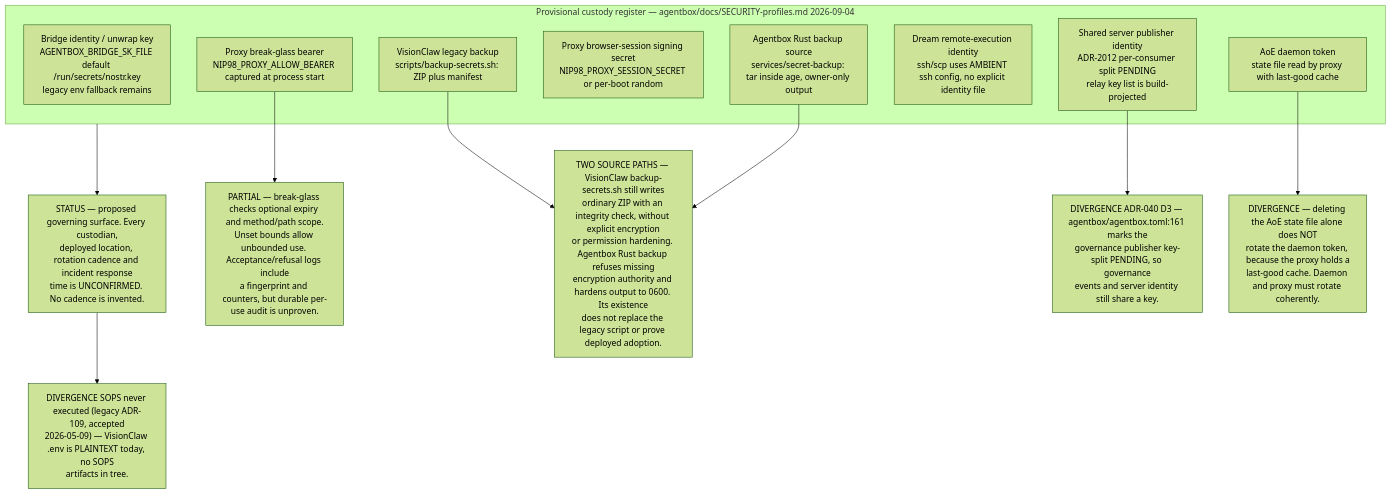
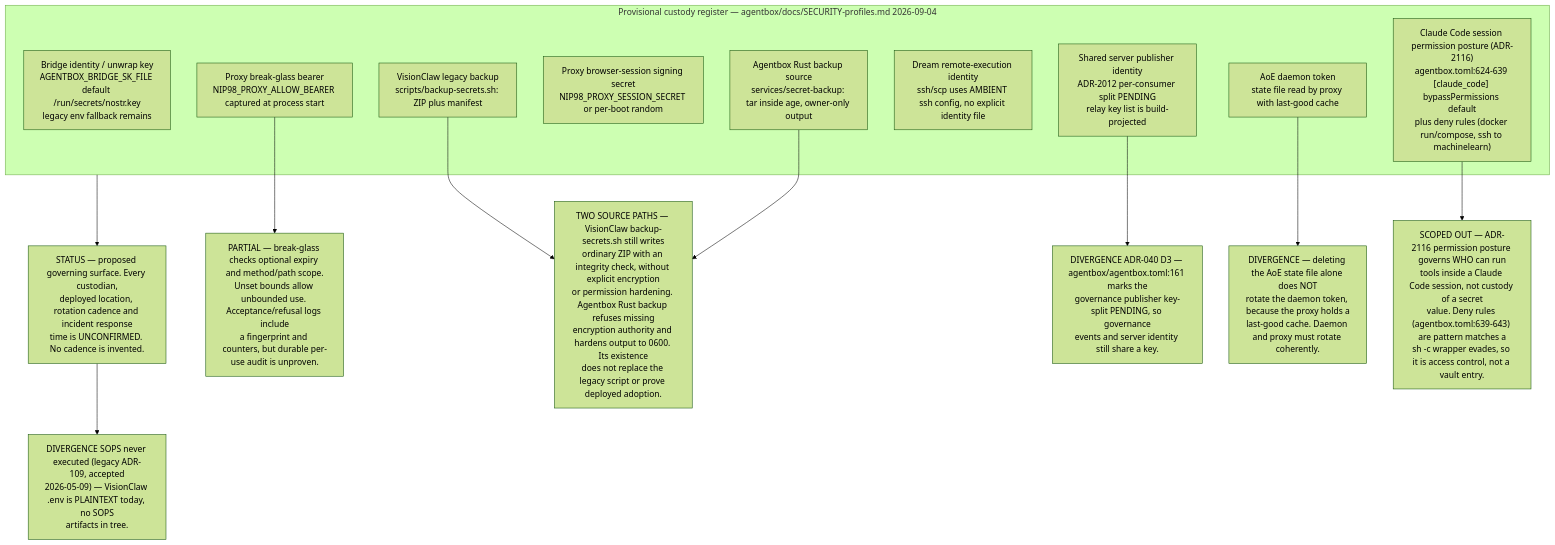
Before and after one commit to DreamLab-AI/VisionFlow: the ninth of 10 diagrams in docs/diagrams/estate/10-deployment-and-security-profiles.md, drawn with Mermaid (forest theme). The commit also changed other lines of this file and 136 other files, not shown here.

First line of the commit message:
docs(diagrams): refresh the whole corpus to code HEAD and prune low-value diagrams

````diff
--- a/docs/diagrams/estate/10-deployment-and-security-profiles.md
+++ b/docs/diagrams/estate/10-deployment-and-security-profiles.md
@@ -357,27 +331,30 @@
 ```mermaid
 flowchart TB
     subgraph reg["Provisional custody register — agentbox/docs/SECURITY-profiles.md 2026-09-04"]
         C1["Bridge identity / unwrap key<br/>AGENTBOX_BRIDGE_SK_FILE default /run/secrets/nostr.key<br/>legacy env fallback remains"]
         C2["Shared server publisher identity<br/>ADR-2012 per-consumer split PENDING<br/>relay key list is build-projected"]
         C3["Proxy break-glass bearer<br/>NIP98_PROXY_ALLOW_BEARER captured at process start"]
         C4["Proxy browser-session signing secret<br/>NIP98_PROXY_SESSION_SECRET or per-boot random"]
         C5["AoE daemon token<br/>state file read by proxy with last-good cache"]
         C6["Dream remote-execution identity<br/>ssh/scp uses AMBIENT ssh config, no explicit identity file"]
         C7["VisionClaw legacy backup<br/>scripts/backup-secrets.sh: ZIP plus manifest"]
         C8["Agentbox Rust backup source<br/>services/secret-backup: tar inside age, owner-only output"]
+        C9["Claude Code session permission posture (ADR-2116)<br/>agentbox.toml:624-639 [claude_code] bypassPermissions default<br/>plus deny rules (docker run/compose, ssh to machinelearn)"]
     end
     ST["STATUS — proposed governing surface. Every custodian,<br/>deployed location, rotation cadence and incident response<br/>time is UNCONFIRMED. No cadence is invented."]
     D1["PARTIAL — break-glass checks optional expiry and method/path scope.<br/>Unset bounds allow unbounded use. Acceptance/refusal logs include<br/>a fingerprint and counters, but durable per-use audit is unproven."]
     D2["TWO SOURCE PATHS — VisionClaw backup-secrets.sh still writes<br/>ordinary ZIP with an integrity check, without explicit encryption<br/>or permission hardening. Agentbox Rust backup refuses missing<br/>encryption authority and hardens output to 0600. Its existence<br/>does not replace the legacy script or prove deployed adoption."]
     D3["DIVERGENCE ADR-040 D3 — agentbox/agentbox.toml:161 marks the<br/>governance publisher key-split PENDING, so governance<br/>events and server identity still share a key."]
     D4["DIVERGENCE — deleting the AoE state file alone does NOT<br/>rotate the daemon token, because the proxy holds a<br/>last-good cache. Daemon and proxy must rotate coherently."]
     D5["DIVERGENCE SOPS never executed (legacy ADR-109, accepted<br/>2026-05-09) — VisionClaw .env is PLAINTEXT today, no SOPS<br/>artifacts in tree."]
+    D6["SCOPED OUT — ADR-2116 permission posture governs WHO can run<br/>tools inside a Claude Code session, not custody of a secret<br/>value. Deny rules (agentbox.toml:639-643) are pattern matches a<br/>sh -c wrapper evades, so it is access control, not a vault entry."]
 
     reg --> ST
     C3 --> D1
     C7 --> D2
     C8 --> D2
     C2 --> D3
     C5 --> D4
     ST --> D5
+    C9 --> D6
 ```
````
